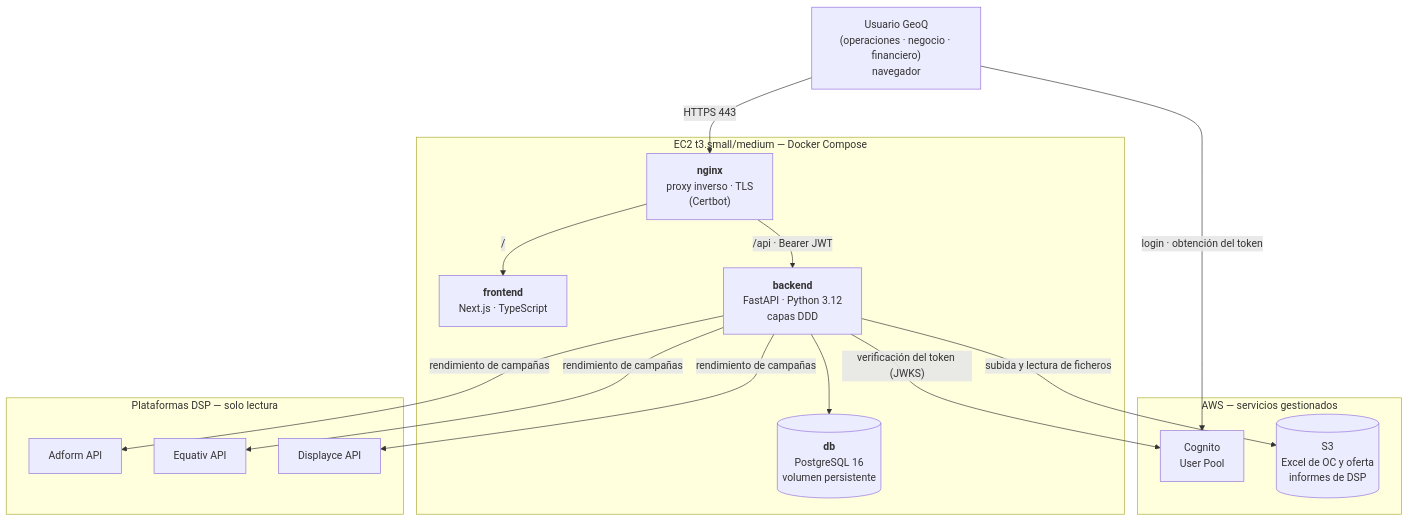
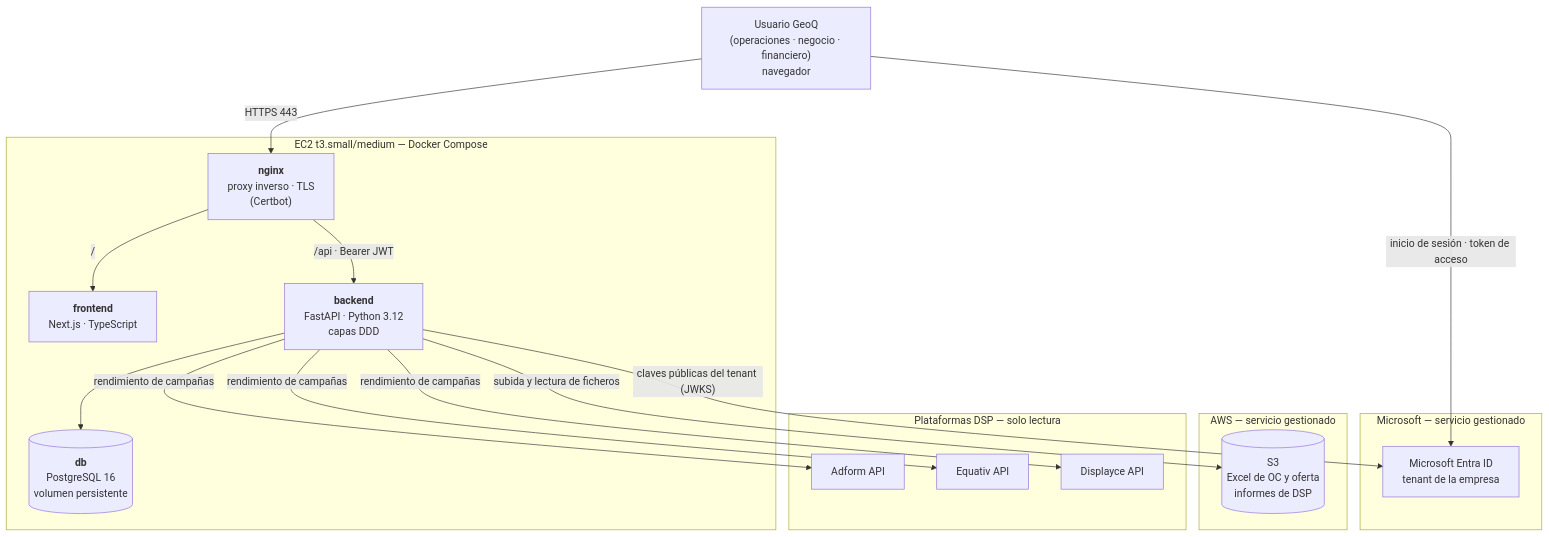
One commit to lfmorales/AI4Devs-finalproject-temp changed the first of 4 diagrams in readme.md. Above: the diagram before and after it, drawn with Mermaid. The commit also changed other lines of this file and 3 other files, not shown here.

````diff
--- a/readme.md
+++ b/readme.md
@@ -270,33 +294,36 @@
 ```mermaid
 flowchart TB
     user["Usuario GeoQ<br/>(operaciones · negocio · financiero)<br/>navegador"]
 
     subgraph ec2["EC2 t3.small/medium — Docker Compose"]
         nginx["<b>nginx</b><br/>proxy inverso · TLS<br/>(Certbot)"]
         frontend["<b>frontend</b><br/>Next.js · TypeScript"]
         backend["<b>backend</b><br/>FastAPI · Python 3.12<br/>capas DDD"]
         db[("<b>db</b><br/>PostgreSQL 16<br/>volumen persistente")]
     end
 
-    subgraph aws["AWS — servicios gestionados"]
-        cognito["Cognito<br/>User Pool"]
+    subgraph microsoft["Microsoft — servicio gestionado"]
+        entra["Microsoft Entra ID<br/>tenant de la empresa"]
+    end
+
+    subgraph aws["AWS — servicio gestionado"]
         s3[("S3<br/>Excel de OC y oferta<br/>informes de DSP")]
     end
 
     subgraph dsps["Plataformas DSP — solo lectura"]
         adform["Adform API"]
         equativ["Equativ API"]
         displayce["Displayce API"]
     end
 
     user -->|"HTTPS 443"| nginx
-    user -->|"login · obtención del token"| cognito
+    user -->|"inicio de sesión · token de acceso"| entra
     nginx -->|"/"| frontend
     nginx -->|"/api · Bearer JWT"| backend
     backend --> db
-    backend -->|"verificación del token (JWKS)"| cognito
+    backend -->|"claves públicas del tenant (JWKS)"| entra
     backend -->|"subida y lectura de ficheros"| s3
     backend -->|"rendimiento de campañas"| adform
     backend -->|"rendimiento de campañas"| equativ
     backend -->|"rendimiento de campañas"| displayce
 ```
````
